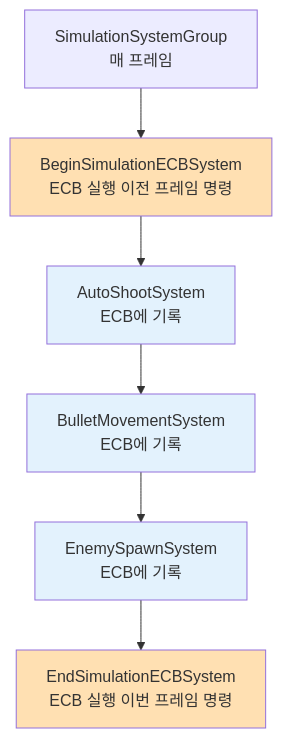
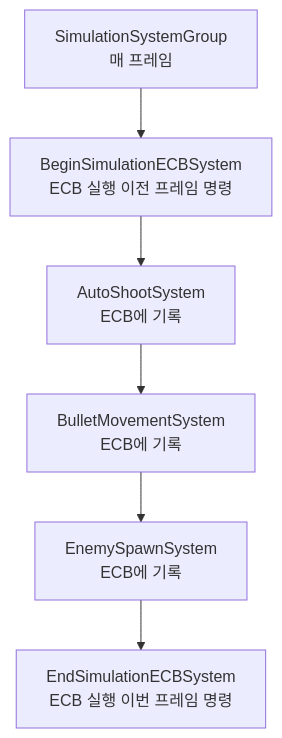
Before and after one commit to lmo0317/projectc: the third of 8 diagrams in README.md, drawn with Mermaid. The commit also changed other lines of this file, not shown here.

````diff
--- a/README.md
+++ b/README.md
@@ -334,15 +323,9 @@
 ```mermaid
 flowchart TB
     A["SimulationSystemGroup<br/>매 프레임"]
     A --> B["BeginSimulationECBSystem<br/>ECB 실행 이전 프레임 명령"]
     B --> C["AutoShootSystem<br/>ECB에 기록"]
     C --> D["BulletMovementSystem<br/>ECB에 기록"]
     D --> E["EnemySpawnSystem<br/>ECB에 기록"]
     E --> F["EndSimulationECBSystem<br/>ECB 실행 이번 프레임 명령"]
-
-    style B fill:#ffe0b2
-    style C fill:#e3f2fd
-    style D fill:#e3f2fd
-    style E fill:#e3f2fd
-    style F fill:#ffe0b2
 ```
````
